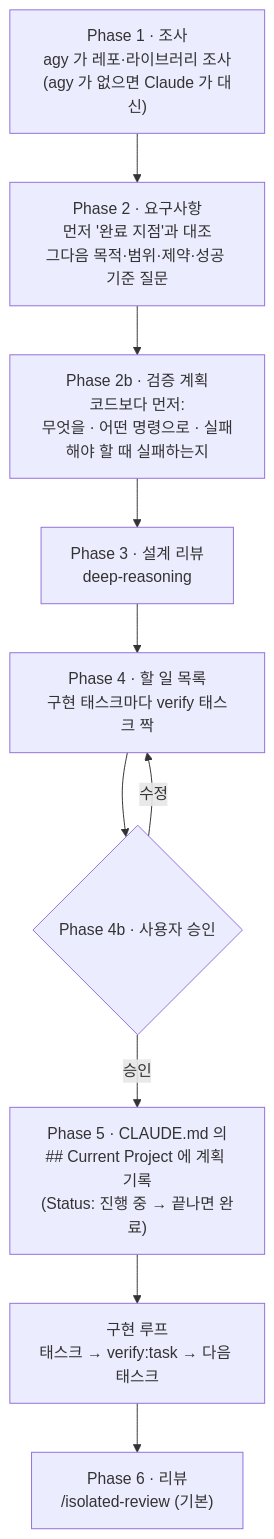
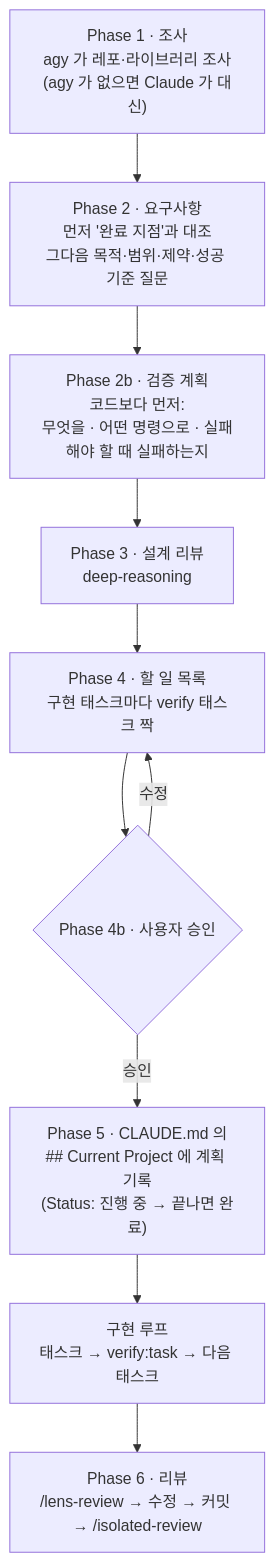
One commit to GunwooYun/claude-code-orchestrator changed the fourth of 5 diagrams in README.md. Above: the diagram before and after it, drawn with Mermaid. The commit also changed other lines of this file and 30 other files, not shown here.

First line of the commit message:
lens-review: in-session five-lens review with a verifier and a rater (#78)

````diff
--- a/README.md
+++ b/README.md
@@ -398,12 +401,12 @@
 ```mermaid
 flowchart TD
     P1["Phase 1 · 조사<br/>agy 가 레포·라이브러리 조사<br/>(agy 가 없으면 Claude 가 대신)"] --> P2["Phase 2 · 요구사항<br/>먼저 '완료 지점'과 대조<br/>그다음 목적·범위·제약·성공 기준 질문"]
     P2 --> P2b["Phase 2b · 검증 계획<br/>코드보다 먼저:<br/>무엇을 · 어떤 명령으로 · 실패해야 할 때 실패하는지"]
     P2b --> P3["Phase 3 · 설계 리뷰<br/>deep-reasoning"]
     P3 --> P4["Phase 4 · 할 일 목록<br/>구현 태스크마다 verify 태스크 짝"]
     P4 --> P4b{"Phase 4b · 사용자 승인"}
     P4b -- "수정" --> P4
     P4b -- "승인" --> P5["Phase 5 · CLAUDE.md 의<br/>## Current Project 에 계획 기록<br/>(Status: 진행 중 → 끝나면 완료)"]
     P5 --> L["구현 루프<br/>태스크 → verify:task → 다음 태스크"]
-    L --> P6["Phase 6 · 리뷰<br/>/isolated-review (기본)"]
+    L --> P6["Phase 6 · 리뷰<br/>/lens-review → 수정 → 커밋 → /isolated-review"]
 ```
````
